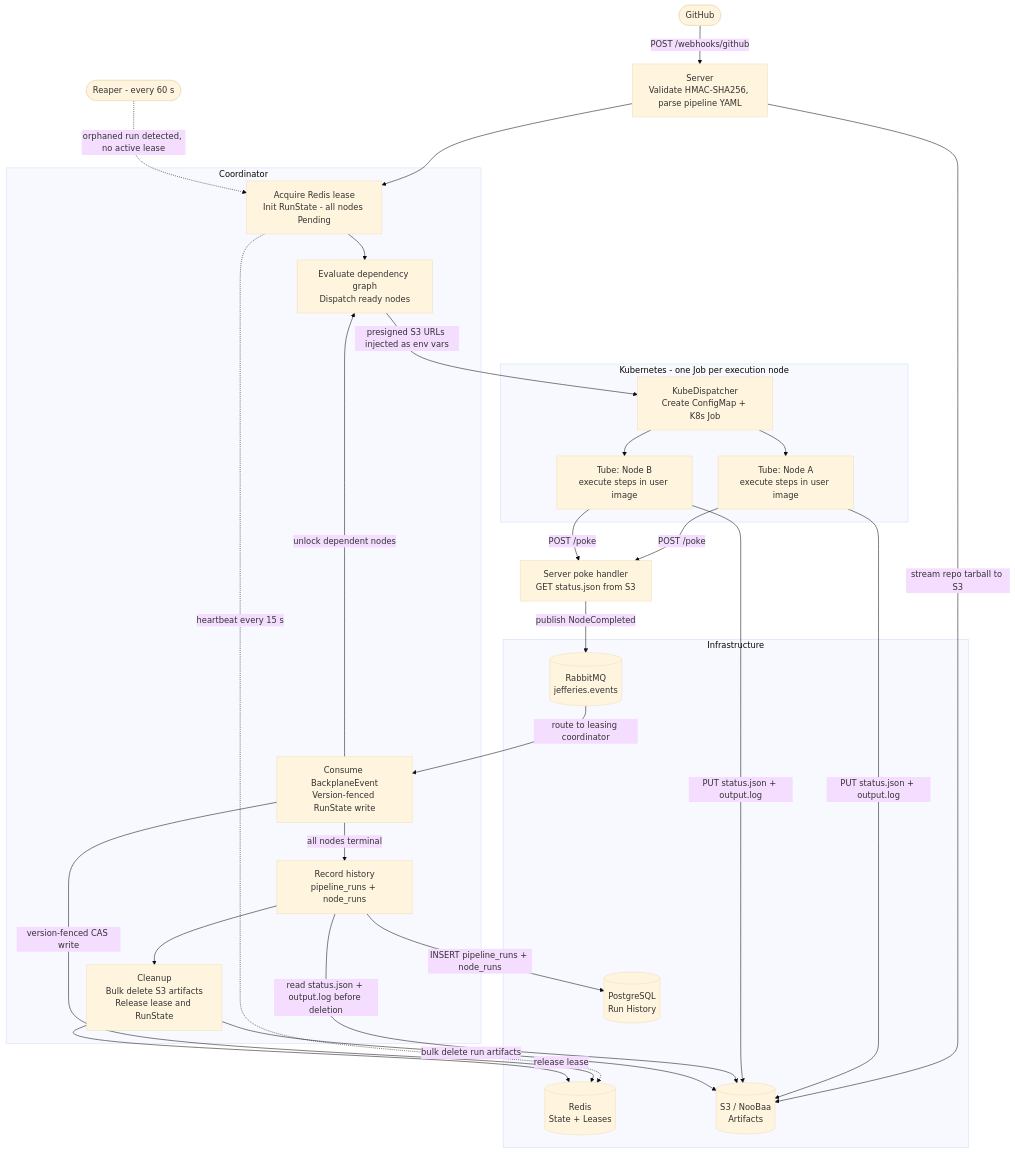
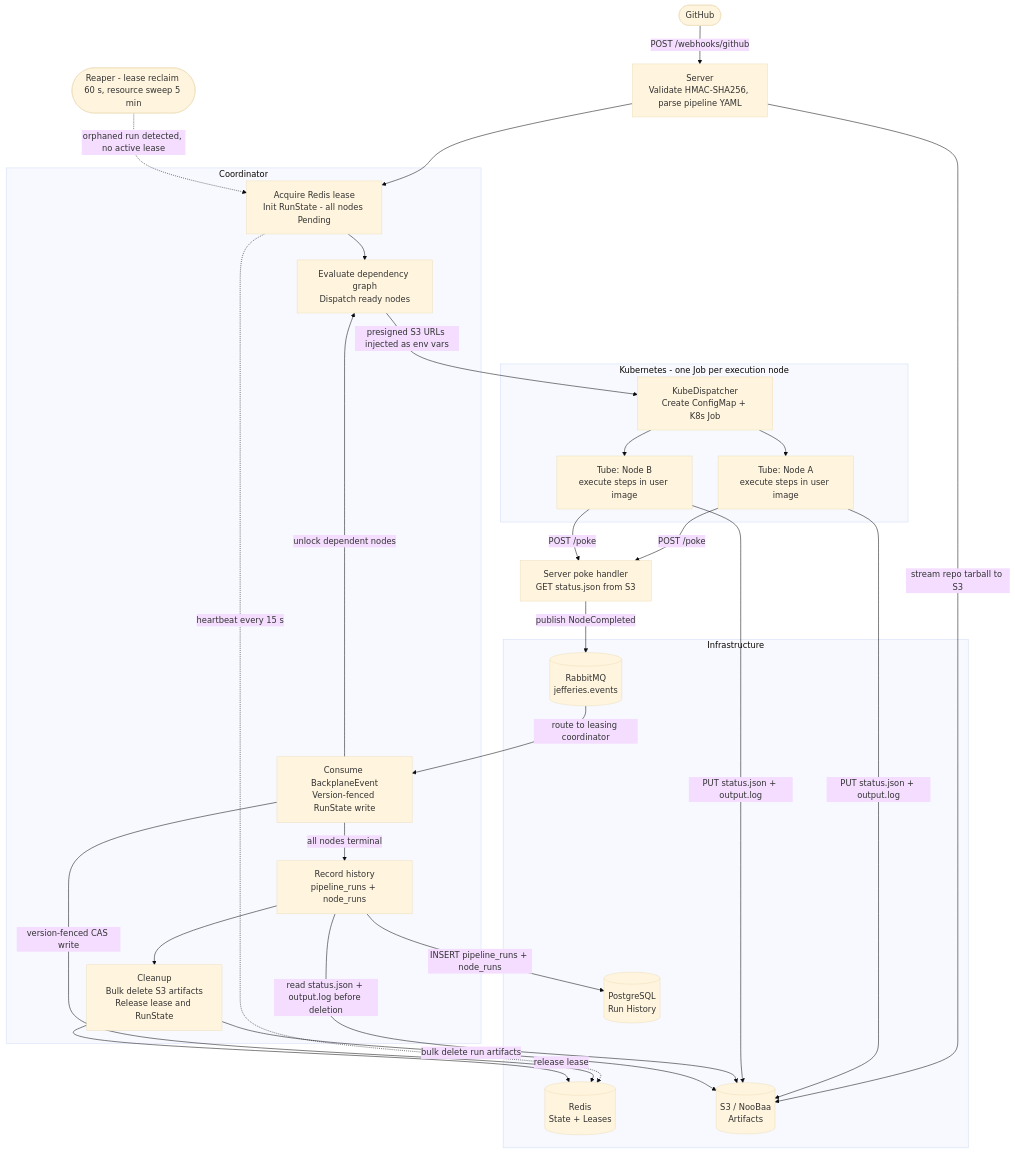
Before and after one commit to the-conn/jefferies: the diagram in docs/architecture.md, drawn with Mermaid (base theme). The commit also changed other lines of this file and 5 other files, not shown here.

````diff
--- a/docs/architecture.md
+++ b/docs/architecture.md
@@ -75,54 +76,54 @@
 ```mermaid
 flowchart TD
     GH([GitHub])
-    REAPER([Reaper - every 60 s])
+    REAPER([Reaper - lease reclaim 60 s, resource sweep 5 min])
     SRV["Server<br/>Validate HMAC-SHA256, parse pipeline YAML"]
     POKE["Server poke handler<br/>GET status.json from S3"]
 
     subgraph infra [Infrastructure]
         REDIS[(Redis<br/>State + Leases)]
         RMQ[(RabbitMQ<br/>jefferies.events)]
         S3[(S3 / NooBaa<br/>Artifacts)]
         PG[(PostgreSQL<br/>Run History)]
     end
 
     subgraph coord [Coordinator]
         COORD_INIT["Acquire Redis lease<br/>Init RunState - all nodes Pending"]
         DEP["Evaluate dependency graph<br/>Dispatch ready nodes"]
         REACT["Consume BackplaneEvent<br/>Version-fenced RunState write"]
         HIST["Record history<br/>pipeline_runs + node_runs"]
         CLEAN["Cleanup<br/>Bulk delete S3 artifacts<br/>Release lease and RunState"]
 
         COORD_INIT --> DEP
         REACT -->|unlock dependent nodes| DEP
         REACT -->|all nodes terminal| HIST
         HIST --> CLEAN
     end
 
     subgraph kube [Kubernetes - one Job per execution node]
         KDISP["KubeDispatcher<br/>Create ConfigMap + K8s Job"]
         POD_A["Tube: Node A<br/>execute steps in user image"]
         POD_B["Tube: Node B<br/>execute steps in user image"]
 
         KDISP --> POD_A & POD_B
     end
 
     GH -->|POST /webhooks/github| SRV
     SRV -->|stream repo tarball to S3| S3
     SRV --> COORD_INIT
     COORD_INIT -.->|heartbeat every 15 s| REDIS
     DEP -->|presigned S3 URLs injected as env vars| KDISP
 
     POD_A & POD_B -->|PUT status.json + output.log| S3
     POD_A & POD_B -->|POST /poke| POKE
 
     POKE -->|publish NodeCompleted| RMQ
     RMQ -->|route to leasing coordinator| REACT
     REACT -->|version-fenced CAS write| REDIS
     HIST -->|read status.json + output.log before deletion| S3
     HIST -->|INSERT pipeline_runs + node_runs| PG
     CLEAN -->|bulk delete run artifacts| S3
     CLEAN -->|release lease| REDIS
 
     REAPER -.->|orphaned run detected, no active lease| COORD_INIT
 ```
````
